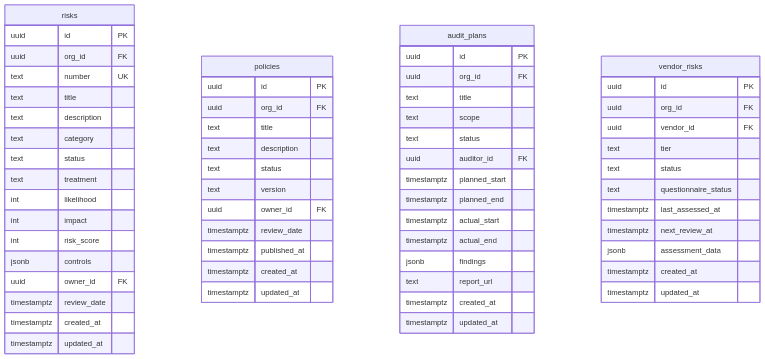
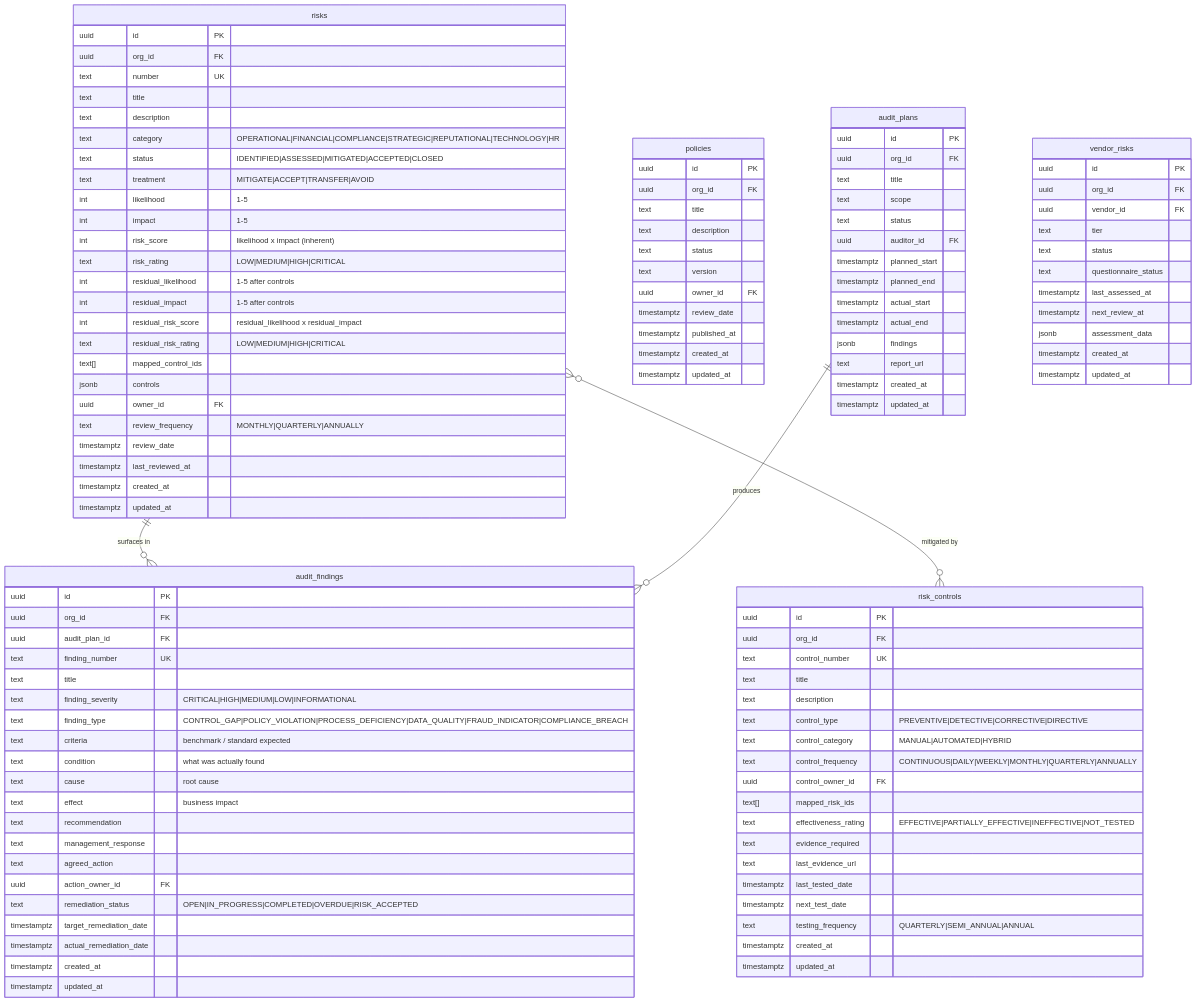
The ninth of 26 diagrams in NexusOps_Entity_Relationship_Diagram.md (Recon-X2025/NexusOps), drawn with Mermaid before and after one commit. The commit also changed other lines of this file and 108 other files, not shown here.

````diff
--- a/NexusOps_Entity_Relationship_Diagram.md
+++ b/NexusOps_Entity_Relationship_Diagram.md
@@ -926,15 +1127,67 @@
         text number UK
         text title
         text description
-        text category
-        text status
-        text treatment
-        int likelihood
-        int impact
-        int risk_score
+        text category "OPERATIONAL|FINANCIAL|COMPLIANCE|STRATEGIC|REPUTATIONAL|TECHNOLOGY|HR"
+        text status "IDENTIFIED|ASSESSED|MITIGATED|ACCEPTED|CLOSED"
+        text treatment "MITIGATE|ACCEPT|TRANSFER|AVOID"
+        int likelihood "1-5"
+        int impact "1-5"
+        int risk_score "likelihood x impact (inherent)"
+        text risk_rating "LOW|MEDIUM|HIGH|CRITICAL"
+        int residual_likelihood "1-5 after controls"
+        int residual_impact "1-5 after controls"
+        int residual_risk_score "residual_likelihood x residual_impact"
+        text residual_risk_rating "LOW|MEDIUM|HIGH|CRITICAL"
+        text[] mapped_control_ids
         jsonb controls
         uuid owner_id FK
+        text review_frequency "MONTHLY|QUARTERLY|ANNUALLY"
         timestamptz review_date
+        timestamptz last_reviewed_at
+        timestamptz created_at
+        timestamptz updated_at
+    }
+
+    risk_controls {
+        uuid id PK
+        uuid org_id FK
+        text control_number UK
+        text title
+        text description
+        text control_type "PREVENTIVE|DETECTIVE|CORRECTIVE|DIRECTIVE"
+        text control_category "MANUAL|AUTOMATED|HYBRID"
+        text control_frequency "CONTINUOUS|DAILY|WEEKLY|MONTHLY|QUARTERLY|ANNUALLY"
+        uuid control_owner_id FK
+        text[] mapped_risk_ids
+        text effectiveness_rating "EFFECTIVE|PARTIALLY_EFFECTIVE|INEFFECTIVE|NOT_TESTED"
+        text evidence_required
+        text last_evidence_url
+        timestamptz last_tested_date
+        timestamptz next_test_date
+        text testing_frequency "QUARTERLY|SEMI_ANNUAL|ANNUAL"
+        timestamptz created_at
+        timestamptz updated_at
+    }
+
+    audit_findings {
+        uuid id PK
+        uuid org_id FK
+        uuid audit_plan_id FK
+        text finding_number UK
+        text title
+        text finding_severity "CRITICAL|HIGH|MEDIUM|LOW|INFORMATIONAL"
+        text finding_type "CONTROL_GAP|POLICY_VIOLATION|PROCESS_DEFICIENCY|DATA_QUALITY|FRAUD_INDICATOR|COMPLIANCE_BREACH"
+        text criteria "benchmark / standard expected"
+        text condition "what was actually found"
+        text cause "root cause"
+        text effect "business impact"
+        text recommendation
+        text management_response
+        text agreed_action
+        uuid action_owner_id FK
+        text remediation_status "OPEN|IN_PROGRESS|COMPLETED|OVERDUE|RISK_ACCEPTED"
+        timestamptz target_remediation_date
+        timestamptz actual_remediation_date
         timestamptz created_at
         timestamptz updated_at
     }
@@ -983,4 +1236,8 @@
         timestamptz created_at
         timestamptz updated_at
     }
+
+    risks ||--o{ audit_findings : "surfaces in"
+    risks }o--o{ risk_controls : "mitigated by"
+    audit_plans ||--o{ audit_findings : "produces"
 ```
````
